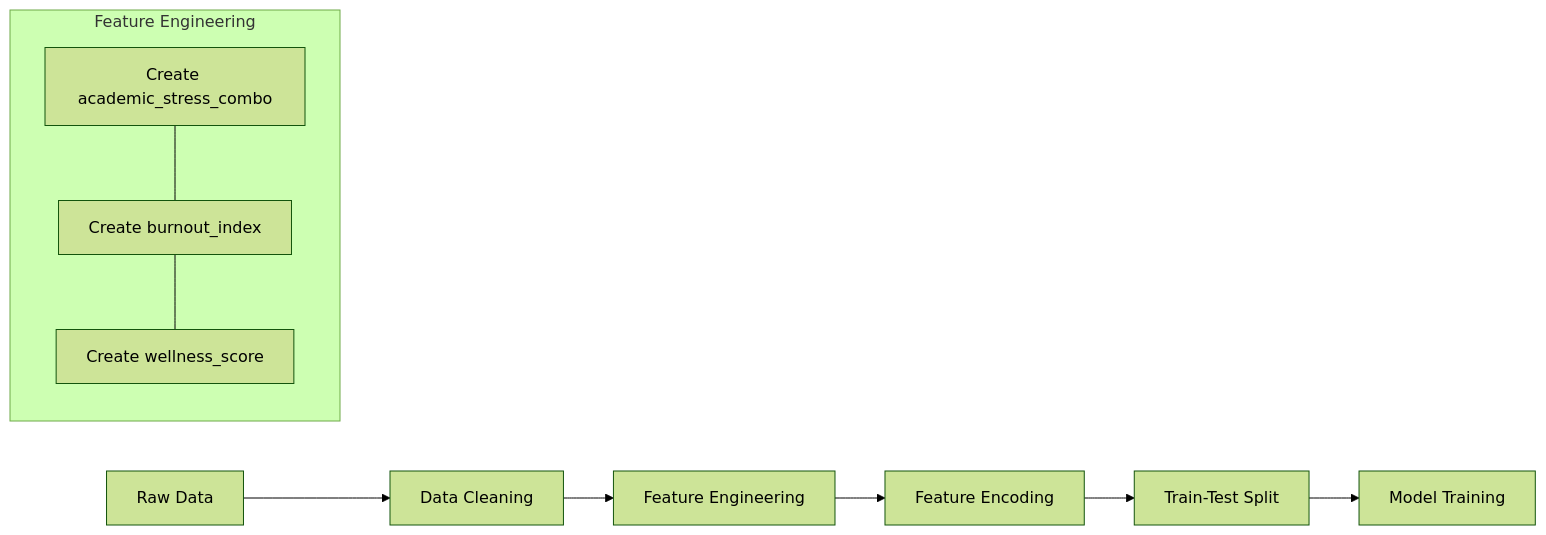
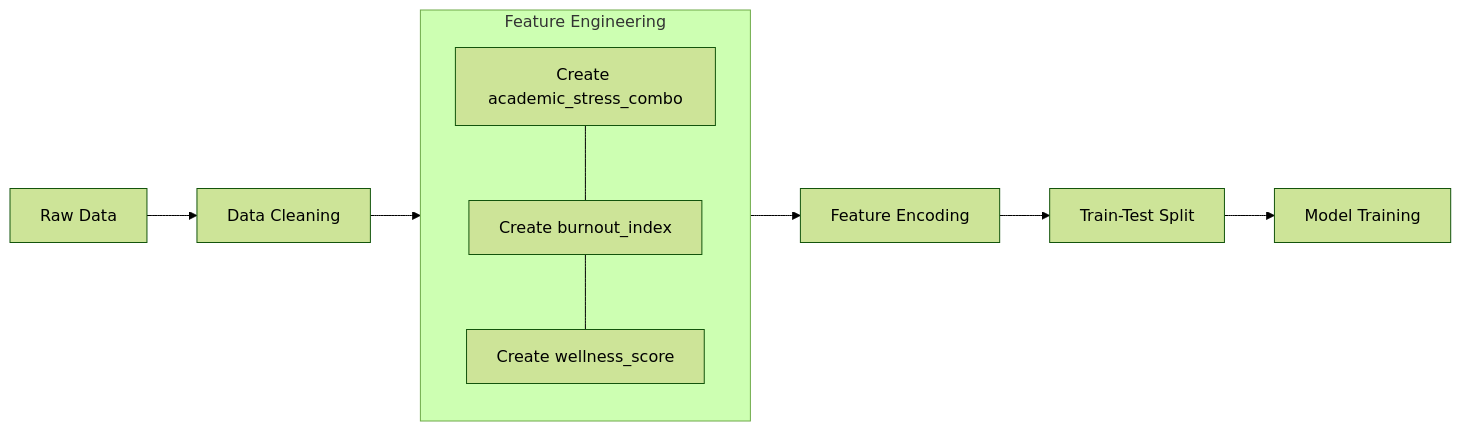
Before and after one commit to MedYassineWerdani/Predicting-Student-Depression: the second of 6 diagrams in README.md, drawn with Mermaid (forest theme). The commit also changed other lines of this file, not shown here.

Commit message:
Final update

````diff
--- a/README.md
+++ b/README.md
@@ -84,12 +84,15 @@
 ```mermaid
 flowchart LR
-    A[Raw Data] --> B[Data Cleaning]
-    B --> C[Feature Engineering]
-    C --> D[Feature Encoding]
-    D --> E[Train-Test Split]
-    E --> F[Model Training]
-    subgraph Feature Engineering
-        C1[Create academic_stress_combo] --- C2[Create burnout_index]
-        C2 --- C3[Create wellness_score]
+    subgraph subGraph0["Feature Engineering"]
+        C2["Create burnout_index"]
+        C1["Create academic_stress_combo"]
+        C3["Create wellness_score"]
     end
+    A["Raw Data"] --> B["Data Cleaning"]
+    B --> subGraph0
+    C1 --- C2
+    C2 --- C3
+    D["Feature Encoding"] --> E["Train-Test Split"]
+    E --> F["Model Training"]
+    subGraph0 --> D
 ```
````
